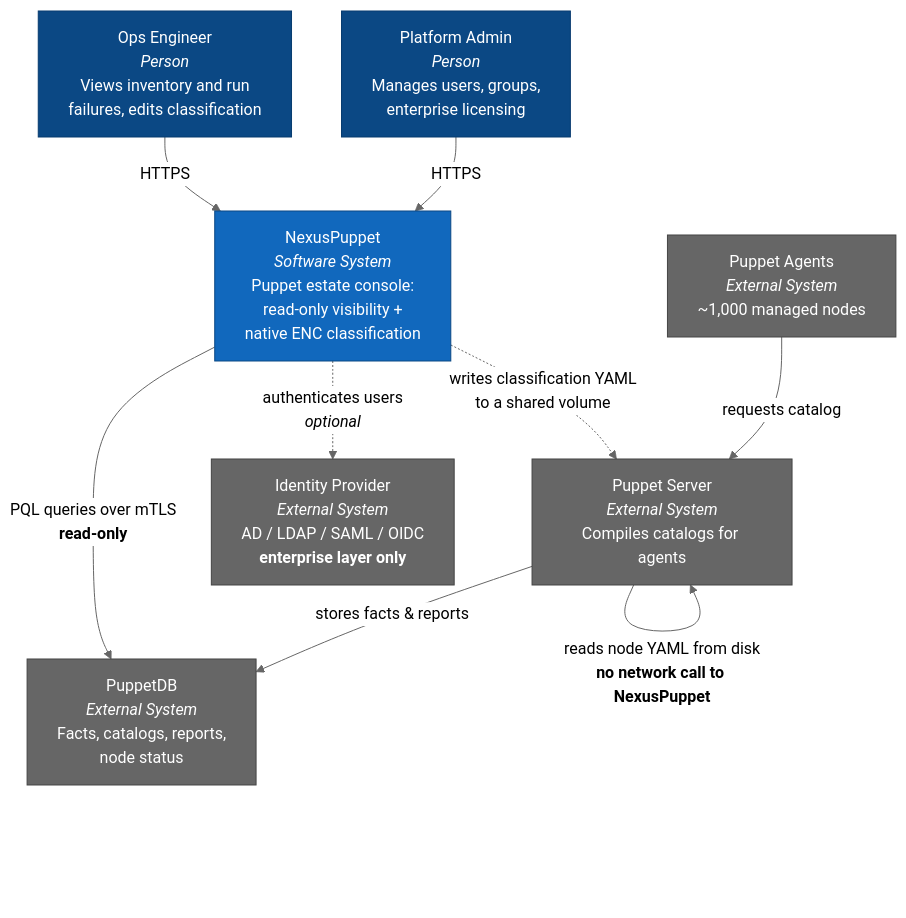
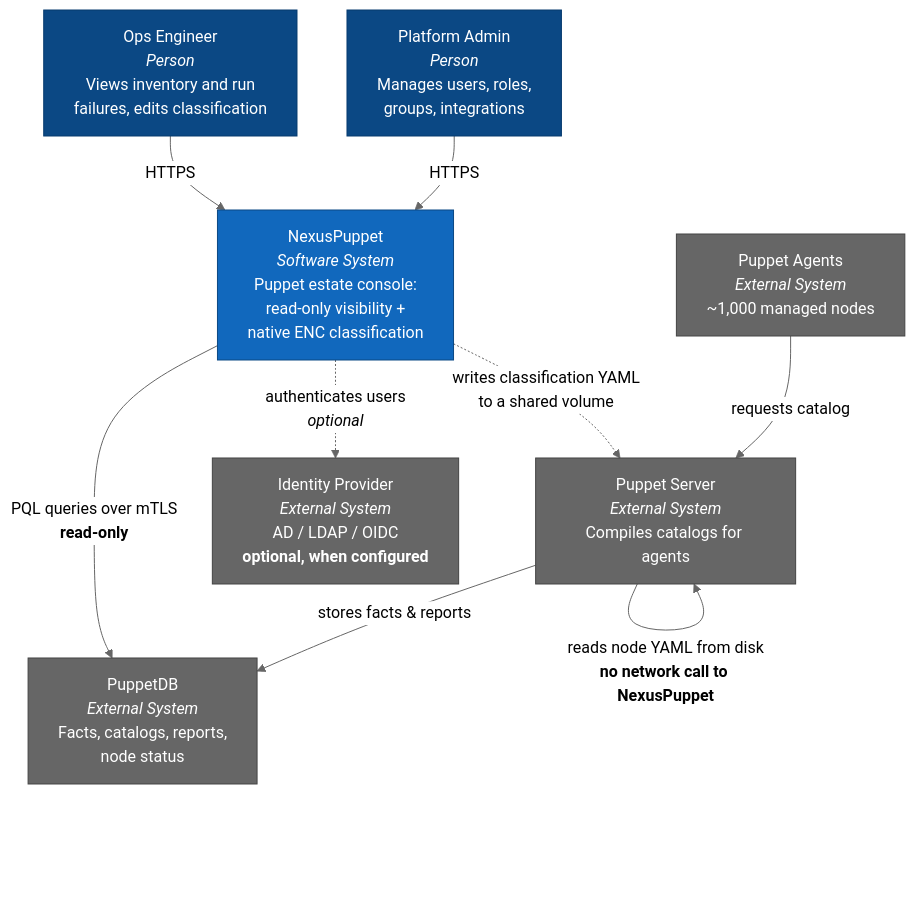
One commit to eth-man/nexuspuppet changed the diagram in docs/architecture/c4-l1-context.md. Above: the diagram before and after it, drawn with Mermaid (neutral theme). The commit also changed other lines of this file and 187 other files, not shown here.

````diff
--- a/docs/architecture/c4-l1-context.md
+++ b/docs/architecture/c4-l1-context.md
@@ -3,28 +3,28 @@
 ```mermaid
 graph TB
     ops["Ops Engineer<br/><i>Person</i><br/>Views inventory and run<br/>failures, edits classification"]
-    admin["Platform Admin<br/><i>Person</i><br/>Manages users, groups,<br/>enterprise licensing"]
+    admin["Platform Admin<br/><i>Person</i><br/>Manages users, roles,<br/>groups, integrations"]
 
     np["NexusPuppet<br/><i>Software System</i><br/>Puppet estate console:<br/>read-only visibility +<br/>native ENC classification"]
 
     pdb["PuppetDB<br/><i>External System</i><br/>Facts, catalogs, reports,<br/>node status"]
     psrv["Puppet Server<br/><i>External System</i><br/>Compiles catalogs for agents"]
-    idp["Identity Provider<br/><i>External System</i><br/>AD / LDAP / SAML / OIDC<br/><b>enterprise layer only</b>"]
+    idp["Identity Provider<br/><i>External System</i><br/>AD / LDAP / OIDC<br/><b>optional, when configured</b>"]
     agents["Puppet Agents<br/><i>External System</i><br/>~1,000 managed nodes"]
 
     ops -->|"HTTPS"| np
     admin -->|"HTTPS"| np
     np -->|"PQL queries over mTLS<br/><b>read-only</b>"| pdb
     np -.->|"writes classification YAML<br/>to a shared volume"| psrv
     np -.->|"authenticates users<br/><i>optional</i>"| idp
     agents -->|"requests catalog"| psrv
     psrv -->|"reads node YAML from disk<br/><b>no network call to NexusPuppet</b>"| psrv
     psrv -->|"stores facts & reports"| pdb
 
     classDef person fill:#0b4884,stroke:#073b6f,color:#fff
     classDef system fill:#1168bd,stroke:#0b4884,color:#fff
     classDef external fill:#666,stroke:#444,color:#fff
     class ops,admin person
     class np system
     class pdb,psrv,idp,agents external
 ```
````
